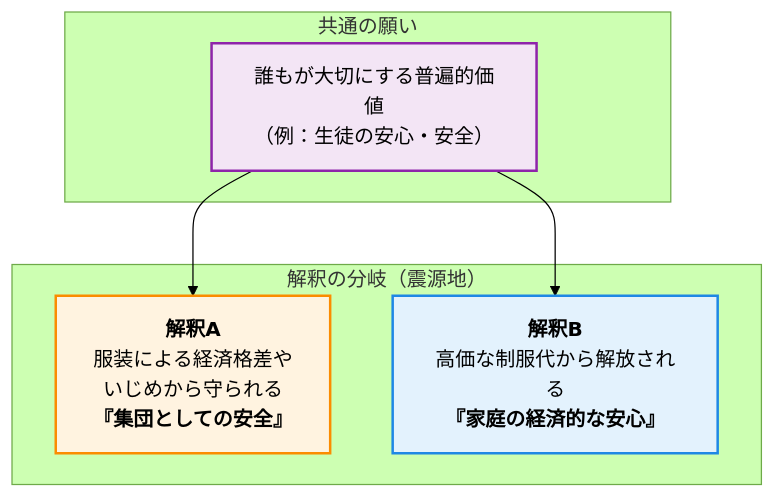
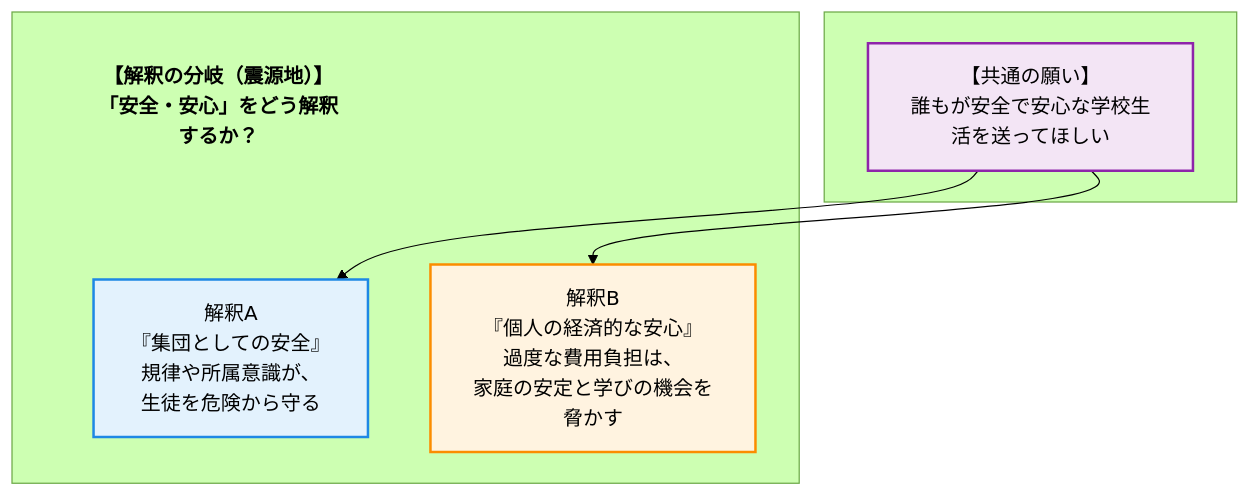
Before and after one commit to ogaogamirai/ARE-Public-Gallery: the second of 2 diagrams in themes/School-Uniform/learning.md, drawn with Mermaid (forest theme). The commit also changed other lines of this file and 1 other file, not shown here.

````diff
--- a/themes/School-Uniform/learning.md
+++ b/themes/School-Uniform/learning.md
@@ -167,16 +161,19 @@
 ```mermaid
 graph TD
-  subgraph SG_ROOT["共通の願い"]
-    A["誰もが大切にする普遍的価値<br>（例：生徒の安心・安全）"]
+  subgraph SG_ROOT[" "]
+    Title_A["【共通の願い】<br>誰もが安全で安心な学校生活を送ってほしい"]
   end
-  subgraph SG_SPLIT["解釈の分岐（震源地）"]
-    B["<b>解釈A</b><br>服装による経済格差や<br>いじめから守られる<br><b>『集団としての安全』</b>"]
-    C["<b>解釈B</b><br>高価な制服代から解放される<br><b>『家庭の経済的な安心』</b>"]
+  subgraph SG_SPLIT[" "]
+    Title_B["【解釈の分岐（震源地）】<br>「安全・安心」をどう解釈するか？"]
+    B["解釈A<br>『集団としての安全』<br>規律や所属意識が、<br>生徒を危険から守る"]
+    C["解釈B<br>『個人の経済的な安心』<br>過度な費用負担は、<br>家庭の安定と学びの機会を脅かす"]
+    Title_B ~~~ B
   end
-  A --> B
-  A --> C
+  Title_A --> B
+  Title_A --> C
 
-  style A fill:#f3e5f5,stroke:#8e24aa,stroke-width:2px
-  style B fill:#fff3e0,stroke:#fb8c00,stroke-width:2px
-  style C fill:#e3f2fd,stroke:#1e88e5,stroke-width:2px
+  style Title_A fill:#f3e5f5,stroke:#8e24aa,stroke-width:2px
+  style Title_B fill:none,stroke:none,font-weight:bold
+  style B fill:#e3f2fd,stroke:#1e88e5,stroke-width:2px
+  style C fill:#fff3e0,stroke:#fb8c00,stroke-width:2px
 ```
````
